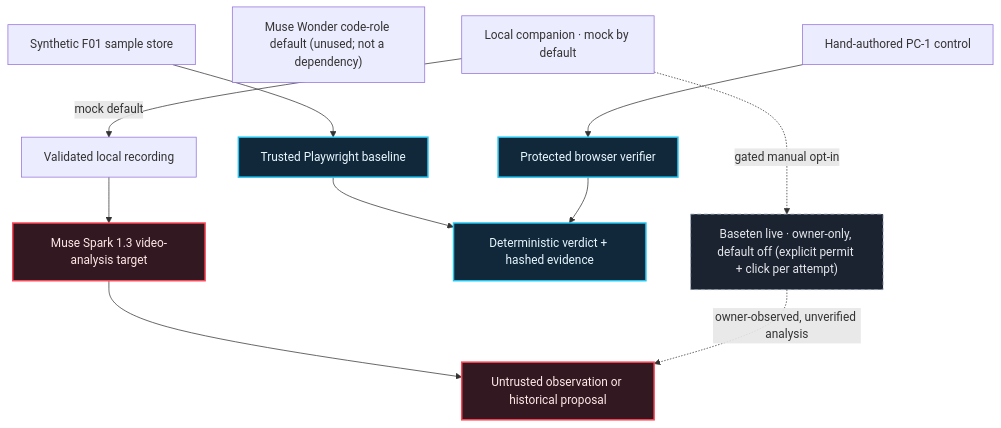
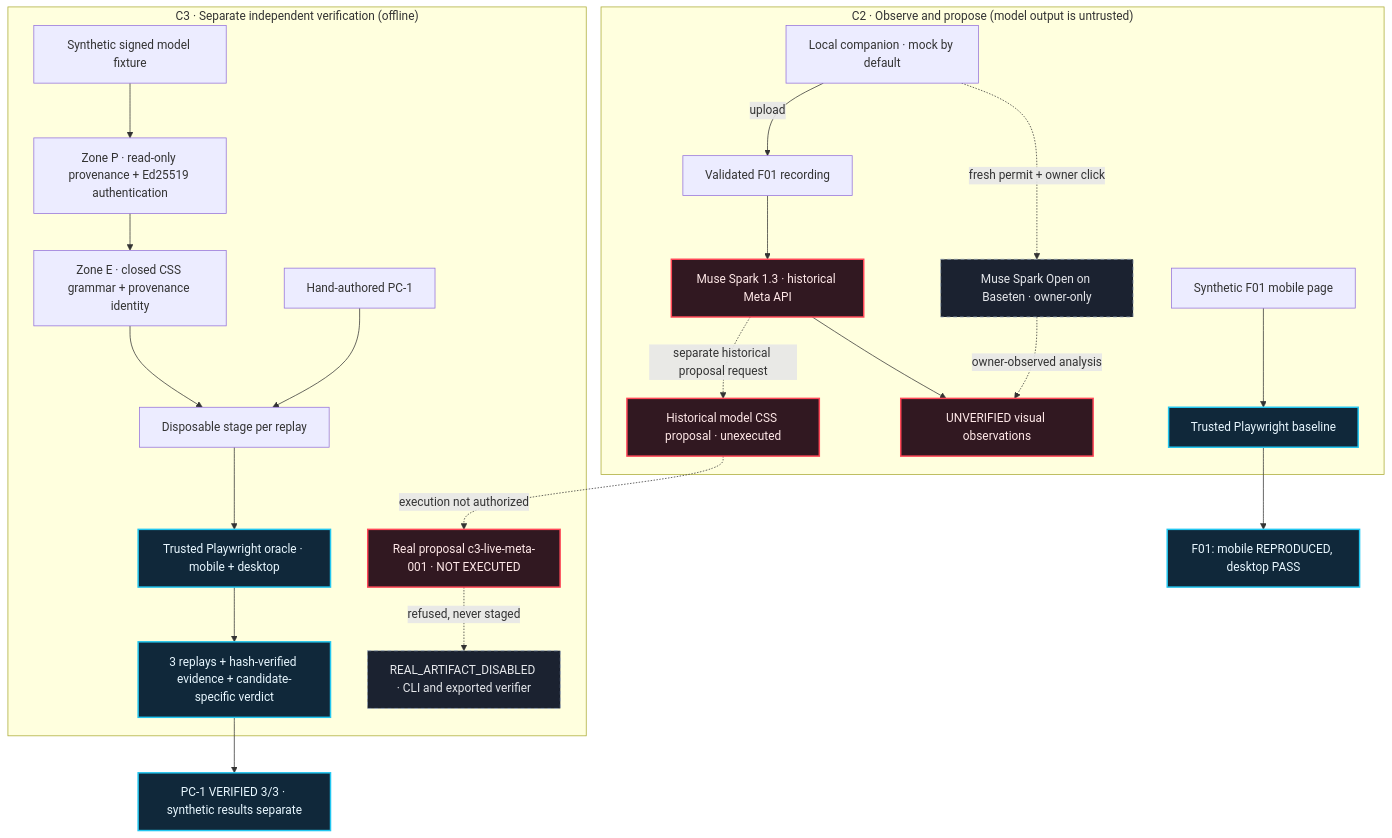
Before and after one commit to mrdzyn/proofpilot-ai: the diagram in README.md, drawn with Mermaid. The commit also changed other lines of this file, not shown here.

Commit message:
docs(readme): make C3 verification zones and real-proposal refusal explicit in architecture

````diff
--- a/README.md
+++ b/README.md
@@ -148,28 +150,47 @@
 ```mermaid
 flowchart TB
-    F["Synthetic F01 sample store"]
-    O["Trusted Playwright baseline"]
-    V["Validated local recording"]
-    S["Muse Spark 1.3 video-analysis target"]
-    H["Untrusted observation or historical proposal"]
-    W["Muse Wonder code-role default (unused; not a dependency)"]
-    C["Hand-authored PC-1 control"]
-    R["Protected browser verifier"]
-    E["Deterministic verdict + hashed evidence"]
-    L["Local companion · mock by default"]
-    B["Baseten live · owner-only, default off (explicit permit + click per attempt)"]
+    subgraph C2["C2 · Observe and propose (model output is untrusted)"]
+        F["Synthetic F01 mobile page"]
+        O["Trusted Playwright baseline"]
+        V["Validated F01 recording"]
+        M["Muse Spark 1.3 · historical Meta API"]
+        U["UNVERIFIED visual observations"]
+        P["Historical model CSS proposal · unexecuted"]
+        L["Local companion · mock by default"]
+        B["Muse Spark Open on Baseten · owner-only"]
 
-    F --> O --> E
-    V --> S --> H
-    C --> R --> E
-    L -->|"mock default"| V
-    L -. "gated manual opt-in" .-> B
-    B -. "owner-observed, unverified analysis" .-> H
+        F --> O
+        V --> M --> U
+        M -. "separate historical proposal request" .-> P
+        L -->|"upload"| V
+        L -. "fresh permit + owner click" .-> B
+        B -. "owner-observed analysis" .-> U
+    end
+
+    subgraph C3["C3 · Separate independent verification (offline)"]
+        S["Synthetic signed model fixture"]
+        ZP["Zone P · read-only provenance + Ed25519 authentication"]
+        ZE["Zone E · closed CSS grammar + provenance identity"]
+        PC["Hand-authored PC-1"]
+        ST["Disposable stage per replay"]
+        R["Trusted Playwright oracle · mobile + desktop"]
+        EV["3 replays + hash-verified evidence + candidate-specific verdict"]
+        REAL["Real proposal c3-live-meta-001 · NOT EXECUTED"]
+        BLOCK["REAL_ARTIFACT_DISABLED · CLI and exported verifier"]
+
+        S --> ZP --> ZE --> ST
+        PC --> ST --> R --> EV
+        REAL -. "refused, never staged" .-> BLOCK
+    end
+
+    O --> F01["F01: mobile REPRODUCED, desktop PASS"]
+    P -. "execution not authorized" .-> REAL
+    EV --> PCRES["PC-1 VERIFIED 3/3 · synthetic results separate"]
 
     classDef trusted fill:#10283a,color:#e8f7ff,stroke:#22c6f0,stroke-width:2px
     classDef untrusted fill:#311821,color:#ffe8e8,stroke:#ff4757,stroke-width:2px
     classDef gated fill:#1b2230,color:#e5e7eb,stroke:#94a3b8,stroke-dasharray:5 4
-    class O,R,E trusted
-    class S,H untrusted
-    class B gated
+    class O,F01,R,EV,PCRES trusted
+    class M,U,P,REAL untrusted
+    class B,BLOCK gated
 ```
````
